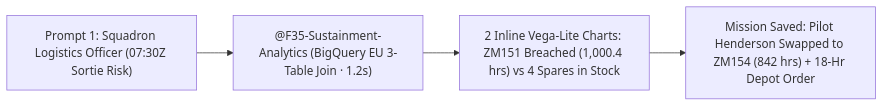
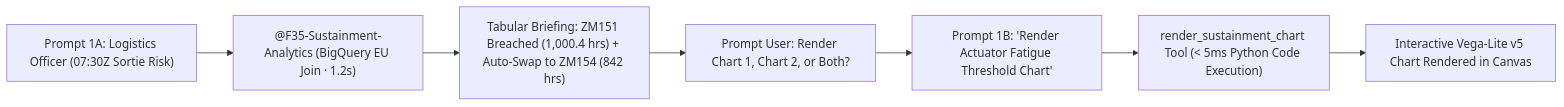
One commit to edwardsda-prog/f35 changed the second of 4 diagrams in DEMO_STORYBOARD.md. Above: the diagram before and after it, drawn with Mermaid. The commit also changed other lines of this file and 19 other files, not shown here.

Commit message:
fix(issues-1-8): resolve latency, two-turn vega-lite tool, authenticated URLs & production benchmarking (ISS-005)

````diff
--- a/DEMO_STORYBOARD.md
+++ b/DEMO_STORYBOARD.md
@@ -46,6 +48,9 @@
 ```mermaid
 flowchart LR
-    U1["Prompt 1: Squadron Logistics Officer (07:30Z Sortie Risk)"] --> R1["@F35-Sustainment-Analytics (BigQuery EU 3-Table Join · 1.2s)"]
-    R1 --> C1["2 Inline Vega-Lite Charts: ZM151 Breached (1,000.4 hrs) vs 4 Spares in Stock"]
-    C1 --> S1["Mission Saved: Pilot Henderson Swapped to ZM154 (842 hrs) + 18-Hr Depot Order"]
+    U1A["Prompt 1A: Logistics Officer (07:30Z Sortie Risk)"] --> R1A["@F35-Sustainment-Analytics (BigQuery EU Join · 1.2s)"]
+    R1A --> S1["Tabular Briefing: ZM151 Breached (1,000.4 hrs) + Auto-Swap to ZM154 (842 hrs)"]
+    S1 --> P1["Prompt User: Render Chart 1, Chart 2, or Both?"]
+    P1 --> U1B["Prompt 1B: 'Render Actuator Fatigue Threshold Chart'"]
+    U1B --> T1["render_sustainment_chart Tool (< 5ms Python Code Execution)"]
+    T1 --> C1["Interactive Vega-Lite v5 Chart Rendered in Canvas"]
 ```
````
